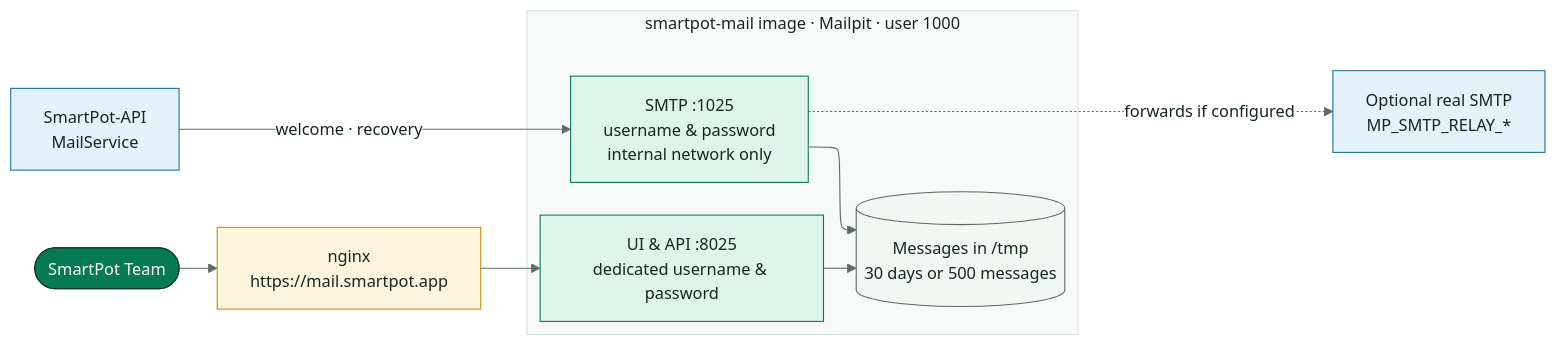
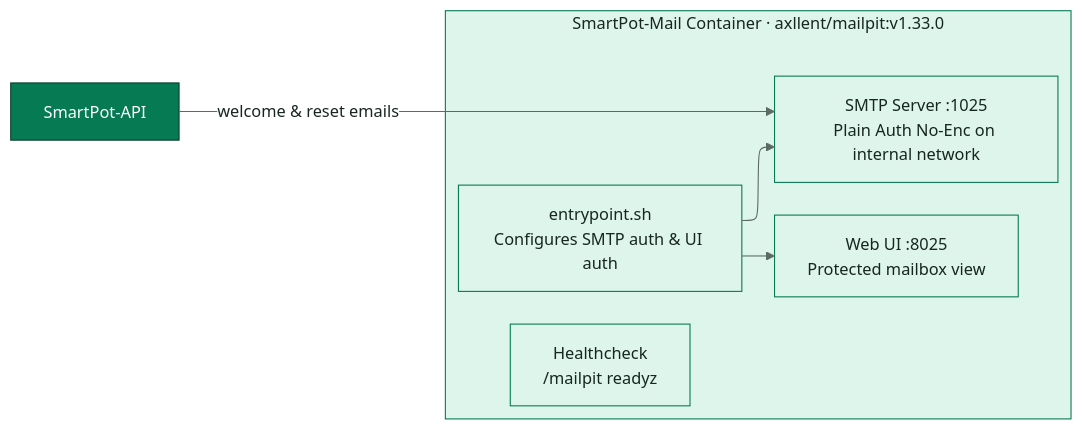
Before and after one commit to SmartPotTech/SmartPot-Mail: the first of 2 diagrams in docs/SmartPot_Mail_Documentation.md, drawn with Mermaid. The commit also changed other lines of this file and 8 other files, not shown here.

Commit message:
docs(specs): synchronize 100% english documentation, diagrams, and formal deliverables

````diff
--- a/docs/SmartPot_Mail_Documentation.md
+++ b/docs/SmartPot_Mail_Documentation.md
@@ -42,29 +38,18 @@
 ```mermaid
 %%{init: {"theme": "base", "fontFamily": "Segoe UI, Arial, sans-serif", "themeVariables": {"fontFamily": "Segoe UI, Arial, sans-serif", "fontSize": "15px", "primaryColor": "#DDF5EA", "primaryTextColor": "#17261F", "primaryBorderColor": "#067A52", "secondaryColor": "#E3F2FB", "secondaryTextColor": "#17261F", "secondaryBorderColor": "#1F6FA0", "tertiaryColor": "#F2F7F4", "tertiaryTextColor": "#17261F", "tertiaryBorderColor": "#D5E3DC", "lineColor": "#5B6B63", "textColor": "#17261F", "mainBkg": "#DDF5EA", "nodeBorder": "#067A52", "clusterBkg": "#F7FAF8", "clusterBorder": "#D5E3DC", "edgeLabelBackground": "#FFFFFF", "actorBkg": "#067A52", "actorBorder": "#0B3D2B", "actorTextColor": "#FFFFFF", "actorLineColor": "#5B6B63", "signalColor": "#17261F", "signalTextColor": "#17261F", "labelBoxBkgColor": "#0B3D2B", "labelBoxBorderColor": "#0B3D2B", "labelTextColor": "#FFFFFF", "loopTextColor": "#0B3D2B", "noteBkgColor": "#FDF4DD", "noteBorderColor": "#C98D12", "noteTextColor": "#17261F", "activationBkgColor": "#DDF5EA", "activationBorderColor": "#067A52", "attributeBackgroundColorOdd": "#FFFFFF", "attributeBackgroundColorEven": "#F2F7F4"}, "layout": "elk", "elk": {"nodePlacementStrategy": "BRANDES_KOEPF", "mergeEdges": false, "cycleBreakingStrategy": "GREEDY"}}}%%
 flowchart LR
-  api["SmartPot-API<br/>MailService"]
-  admin(["SmartPot Team"])
-  subgraph imagen["smartpot-mail image · Mailpit · user 1000"]
+  api["SmartPot-API"]
+  subgraph mail["SmartPot-Mail Container · axllent/mailpit:v1.33.0"]
     direction TB
-    smtp["SMTP :1025<br/>username & password<br/>internal network only"]
-    ui["UI & API :8025<br/>dedicated username & password"]
-    store[("Messages in /tmp<br/>30 days or 500 messages")]
+    entry["entrypoint.sh<br/>Configures SMTP auth & UI auth"]
+    smtp["SMTP Server :1025<br/>Plain Auth No-Enc on internal network"]
+    web["Web UI :8025<br/>Protected mailbox view"]
+    health["Healthcheck<br/>/mailpit readyz"]
   end
-  nginx["nginx<br/>https://mail.smartpot.app"]
-  relay["Optional real SMTP<br/>MP_SMTP_RELAY_*"]
-  api -->|"welcome · recovery"| smtp --> store
-  admin --> nginx --> ui --> store
-  smtp -.->|"forwards if configured"| relay
+  api -->|"welcome & reset emails"| smtp
+  entry --> smtp & web
+  classDef core fill:#067A52,stroke:#0B3D2B,color:#FFFFFF
   classDef leaf fill:#DDF5EA,stroke:#067A52,color:#17261F
-  classDef water fill:#E3F2FB,stroke:#1F6FA0,color:#17261F
-  classDef sun fill:#FDF4DD,stroke:#C98D12,color:#17261F
-  classDef clay fill:#FBE9E1,stroke:#B85A38,color:#17261F
-  classDef core fill:#067A52,stroke:#0B3D2B,color:#FFFFFF
-  classDef deep fill:#0B3D2B,stroke:#06281C,color:#FFFFFF
-  classDef muted fill:#F2F7F4,stroke:#5B6B63,color:#17261F
-  class api,relay water
-  class admin core
-  class smtp,ui leaf
-  class store muted
-  class nginx sun
+  class api core
+  class mail,entry,smtp,web,health leaf
 ```
````
